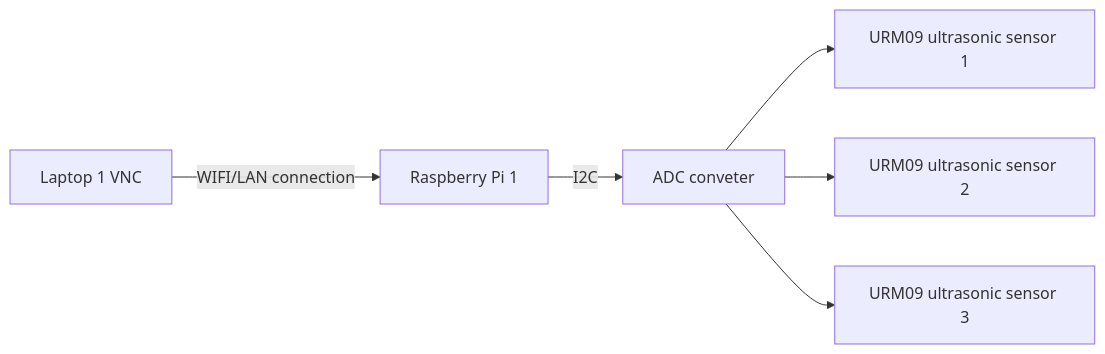
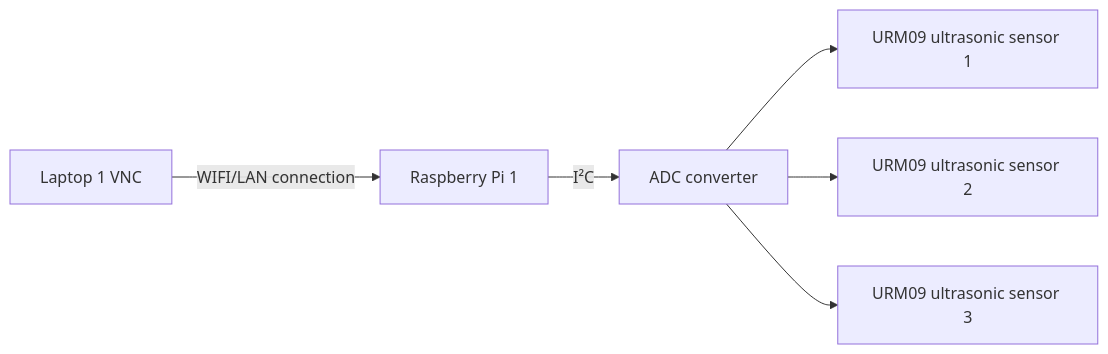
The first of 2 diagrams in README.md (timsjt/EGL314_TEAMB), drawn with Mermaid before and after one commit. The commit also changed other lines of this file and 4 other files, not shown here.

````diff
--- a/README.md
+++ b/README.md
@@ -17,10 +19,10 @@
 ```mermaid
 graph LR
 
-A[Laptop 1 VNC] --WIFI/LAN connection-->B[Raspberry Pi 1]--I2C-->C[ADC conveter]-->D[URM09 ultrasonic sensor 1]
+A[Laptop 1 VNC] --WIFI/LAN connection-->B[Raspberry Pi 1]--I²C-->C[ADC converter]-->D[URM09 ultrasonic sensor 1]
 C-->E[URM09 ultrasonic sensor 2]
 C-->F[URM09 ultrasonic sensor 3]
 
 
 
 ```
````
